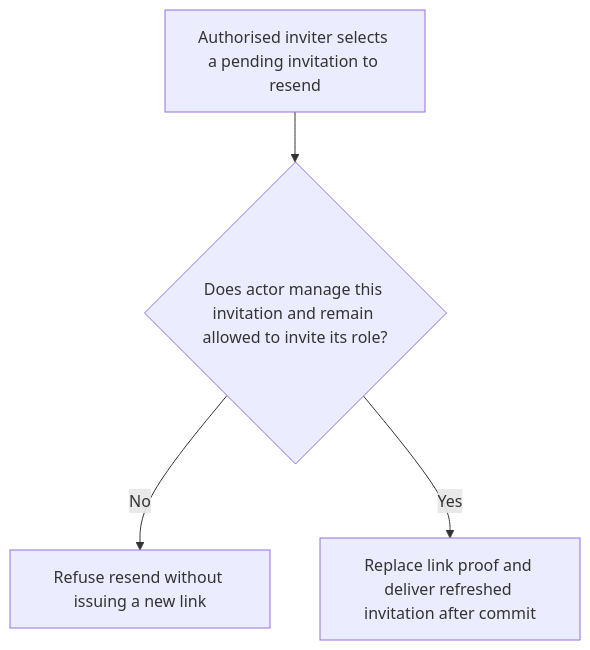
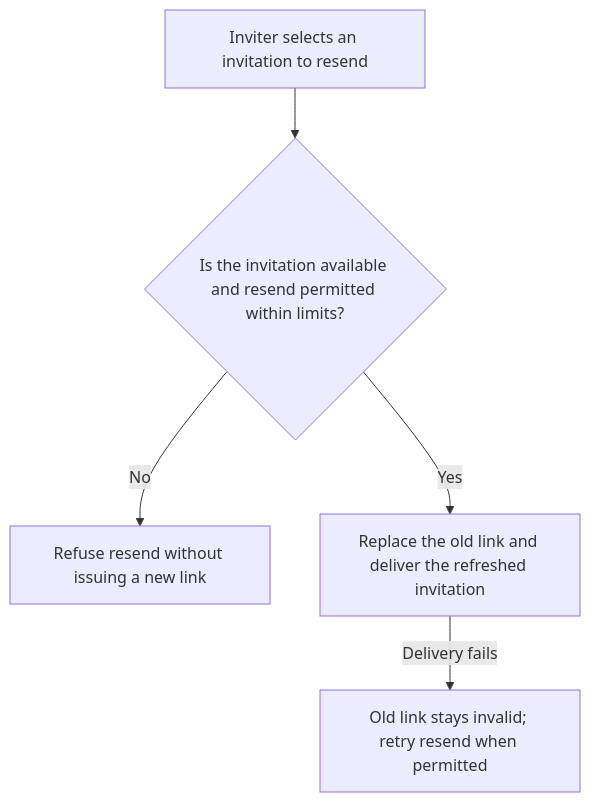
One commit to Kevinjohn/oss-adonisjs-account-kit changed the first of 2 diagrams in user-stories/US-ACCOUNT-11-resend-invitation.md. Above: the diagram before and after it, drawn with Mermaid. The commit also changed other lines of this file and 70 other files, not shown here.

````diff
--- a/user-stories/US-ACCOUNT-11-resend-invitation.md
+++ b/user-stories/US-ACCOUNT-11-resend-invitation.md
@@ -18,6 +21,7 @@
 ```mermaid
 flowchart TD
- A["Authorised inviter selects a pending invitation to resend"] --> B{"Does actor manage this invitation and remain allowed to invite its role?"}
+ A["Inviter selects an invitation to resend"] --> B{"Is the invitation available and resend permitted within limits?"}
  B -->|No| C["Refuse resend without issuing a new link"]
- B -->|Yes| D["Replace link proof and deliver refreshed invitation after commit"]
+ B -->|Yes| D["Replace the old link and deliver the refreshed invitation"]
+ D -->|Delivery fails| E["Old link stays invalid; retry resend when permitted"]
 ```
````
